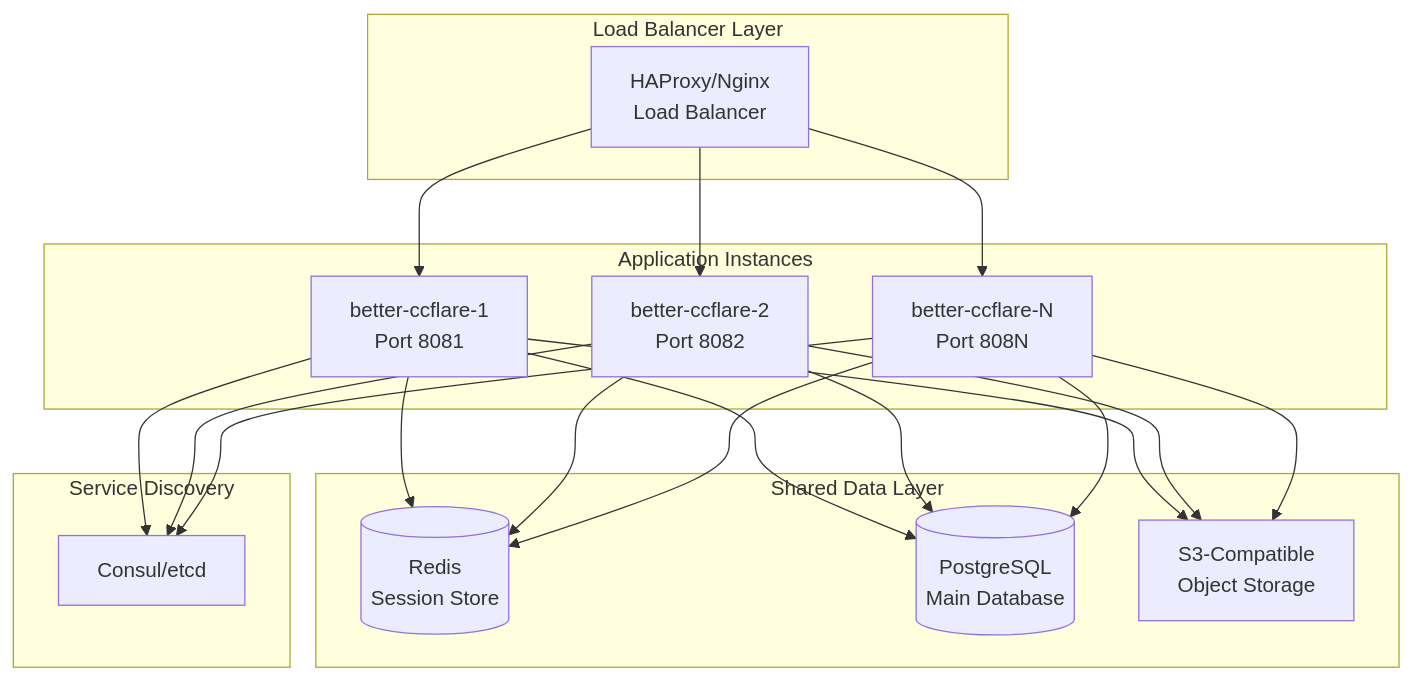
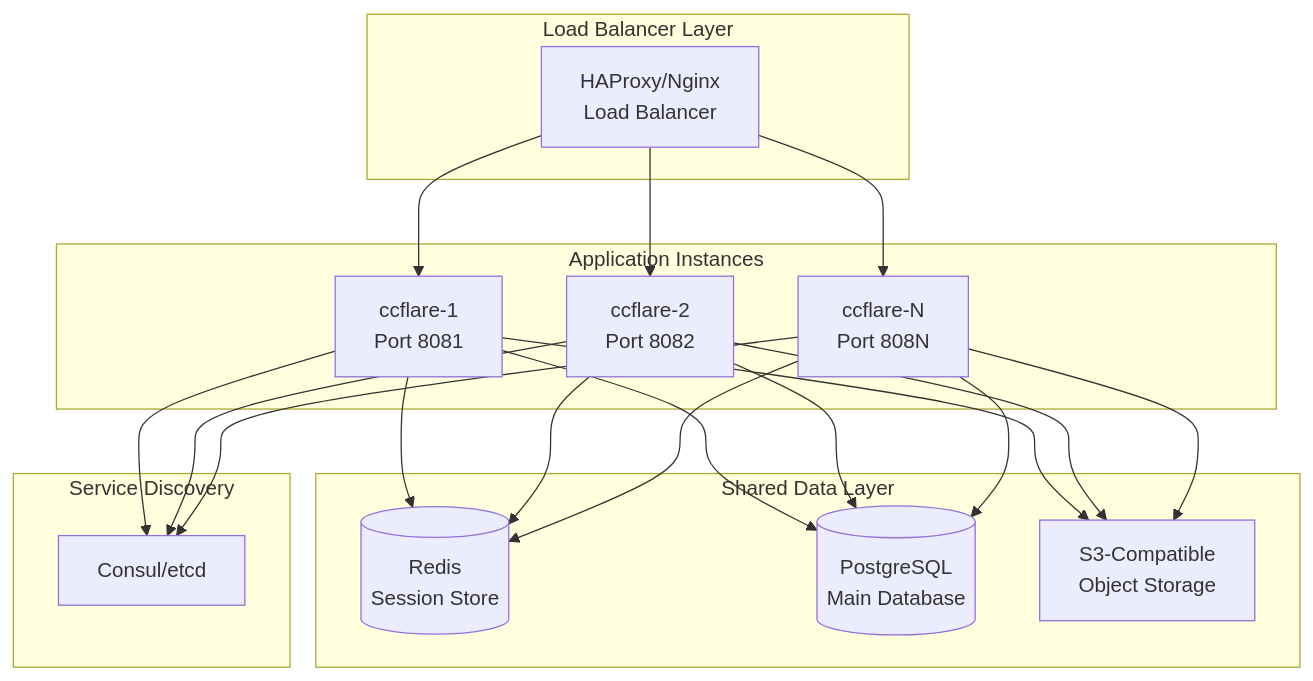
Before and after one commit to zenprocess/better-ccflare: the third of 3 diagrams in docs/deployment.md, drawn with Mermaid. The commit also changed other lines of this file and 1026 other files, not shown here.

````diff
--- a/docs/deployment.md
+++ b/docs/deployment.md
@@ -759,41 +768,41 @@
 ```mermaid
 graph TB
     subgraph "Load Balancer Layer"
         LB[HAProxy/Nginx<br/>Load Balancer]
     end
     
     subgraph "Application Instances"
-        APP1[better-ccflare-1<br/>Port 8081]
-        APP2[better-ccflare-2<br/>Port 8082]
-        APP3[better-ccflare-N<br/>Port 808N]
+        APP1[ccflare-1<br/>Port 8081]
+        APP2[ccflare-2<br/>Port 8082]
+        APP3[ccflare-N<br/>Port 808N]
     end
     
     subgraph "Shared Data Layer"
         REDIS[(Redis<br/>Session Store)]
         PG[(PostgreSQL<br/>Main Database)]
         S3[S3-Compatible<br/>Object Storage]
     end
     
     subgraph "Service Discovery"
         CONSUL[Consul/etcd]
     end
     
     LB --> APP1
     LB --> APP2
     LB --> APP3
     
     APP1 --> REDIS
     APP1 --> PG
     APP1 --> S3
     APP1 --> CONSUL
     
     APP2 --> REDIS
     APP2 --> PG
     APP2 --> S3
     APP2 --> CONSUL
     
     APP3 --> REDIS
     APP3 --> PG
     APP3 --> S3
     APP3 --> CONSUL
 ```
````
